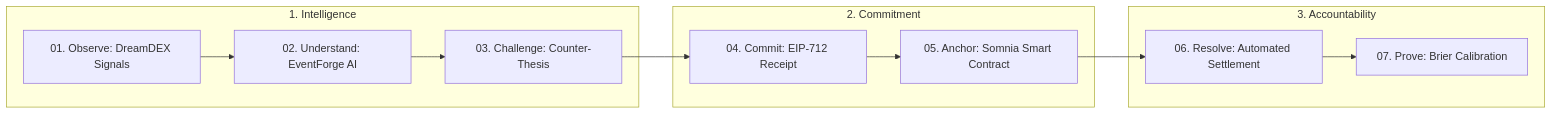
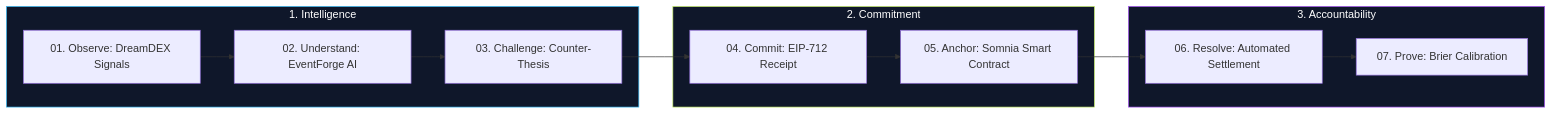
Before and after one commit to 0xaje/ProofCast: the first of 2 diagrams in README.md, drawn with Mermaid. The commit also changed other lines of this file and 65 other files, not shown here.

````diff
--- a/README.md
+++ b/README.md
@@ -40,17 +50,21 @@
 ```mermaid
-graph LR
+flowchart LR
   subgraph Phase1 [1. Intelligence]
     A[01. Observe: DreamDEX Signals] --> B[02. Understand: EventForge AI]
     B --> C[03. Challenge: Counter-Thesis]
   end
 
   subgraph Phase2 [2. Commitment]
     C --> D[04. Commit: EIP-712 Receipt]
     D --> E[05. Anchor: Somnia Smart Contract]
   end
 
   subgraph Phase3 [3. Accountability]
     E --> F[06. Resolve: Automated Settlement]
     F --> G[07. Prove: Brier Calibration]
   end
+
+  style Phase1 fill:#0f172a,stroke:#38bdf8,stroke-width:1px,color:#fff
+  style Phase2 fill:#0f172a,stroke:#c8f06a,stroke-width:1px,color:#fff
+  style Phase3 fill:#0f172a,stroke:#a855f7,stroke-width:1px,color:#fff
 ```
````
